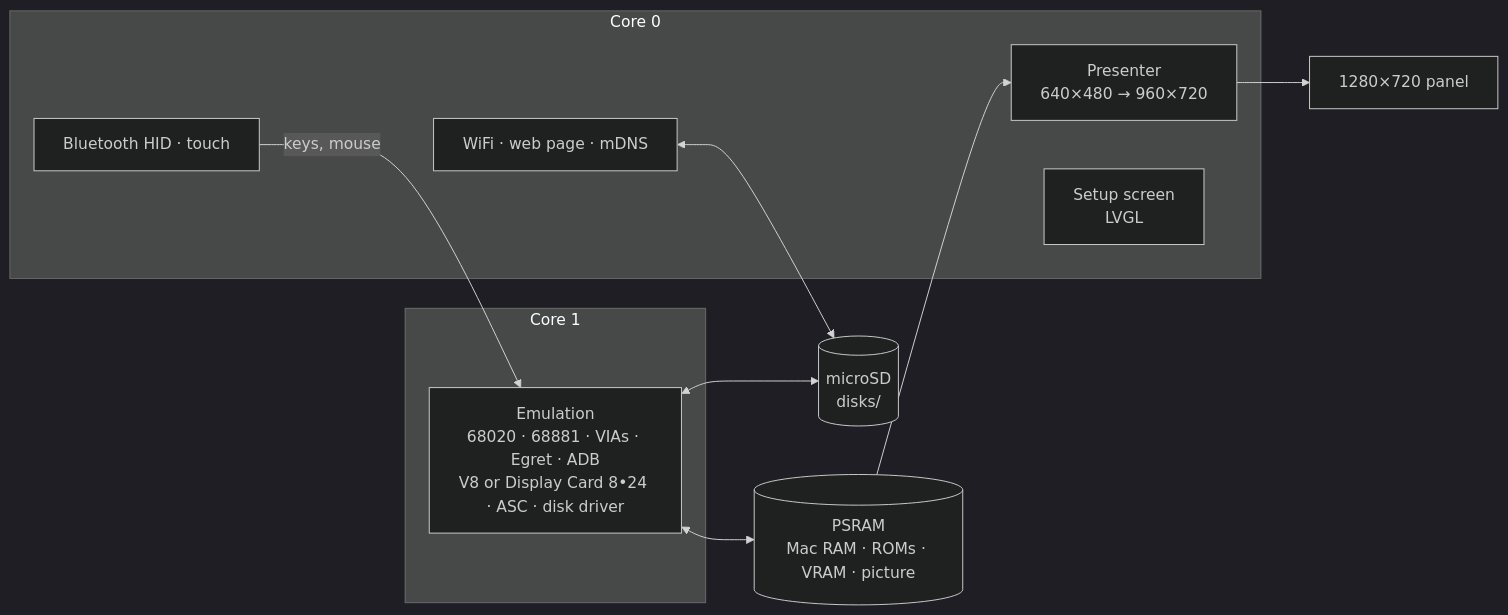
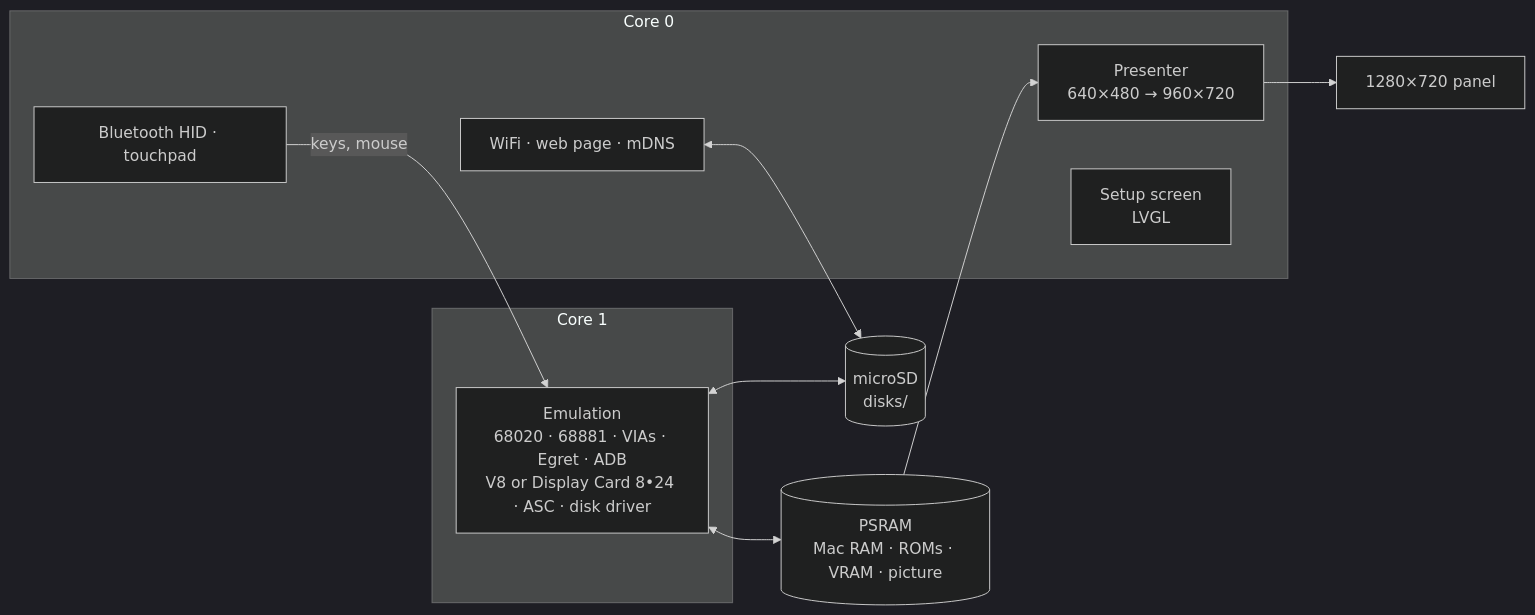
The diagram in README.md (rlucencic/esp32mac2), drawn with Mermaid (dark theme) before and after one commit. The commit also changed other lines of this file and 4 other files, not shown here.

First line of the commit message:
The touch screen as a touchpad, not the pointer under the finger

````diff
--- a/README.md
+++ b/README.md
@@ -226,20 +229,20 @@
 ```mermaid
 flowchart LR
   subgraph core1 [Core 1]
     EMU["Emulation<br>68020 · 68881 · VIAs · Egret · ADB<br>V8 or Display Card 8•24 · ASC · disk driver"]
   end
   subgraph core0 [Core 0]
     PRES[Presenter<br>640×480 → 960×720]
     UI[Setup screen<br>LVGL]
     NET[WiFi · web page · mDNS]
-    BLE[Bluetooth HID · touch]
+    BLE[Bluetooth HID · touchpad]
   end
   PSRAM[(PSRAM<br>Mac RAM · ROMs · VRAM · picture)]
   SD[(microSD<br>disks/)]
   EMU <--> PSRAM
   PSRAM --> PRES
   PRES --> LCD[1280×720 panel]
   BLE -- keys, mouse --> EMU
   EMU <--> SD
   NET <--> SD
 ```
````
